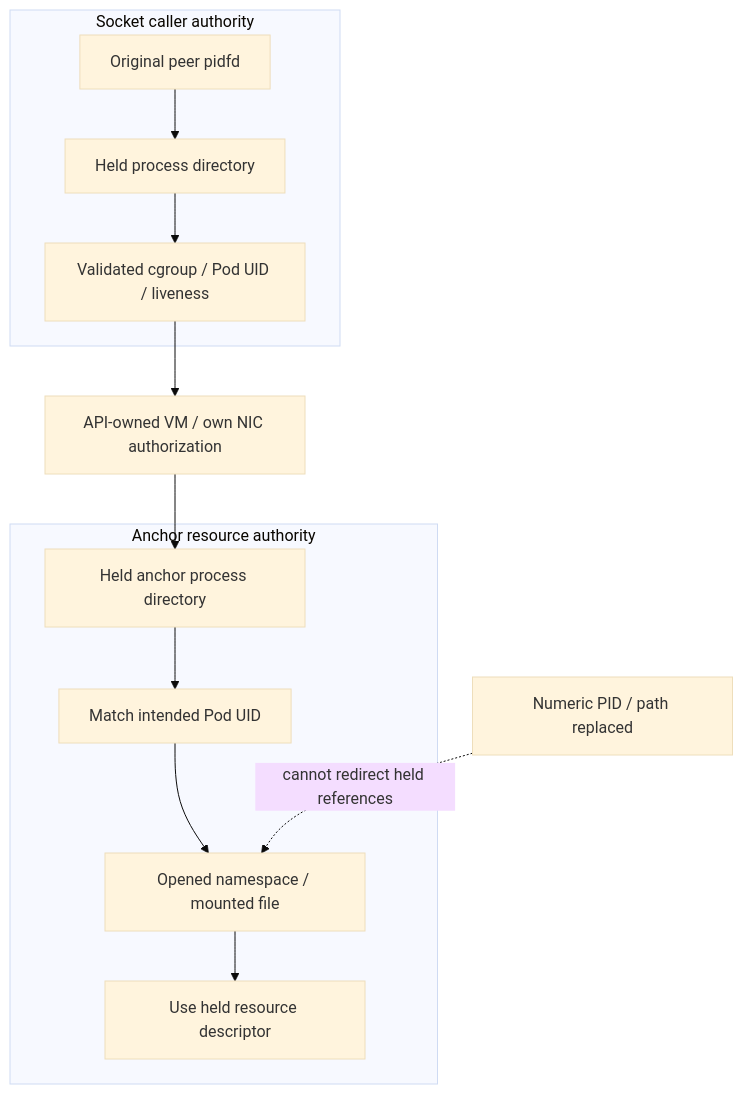
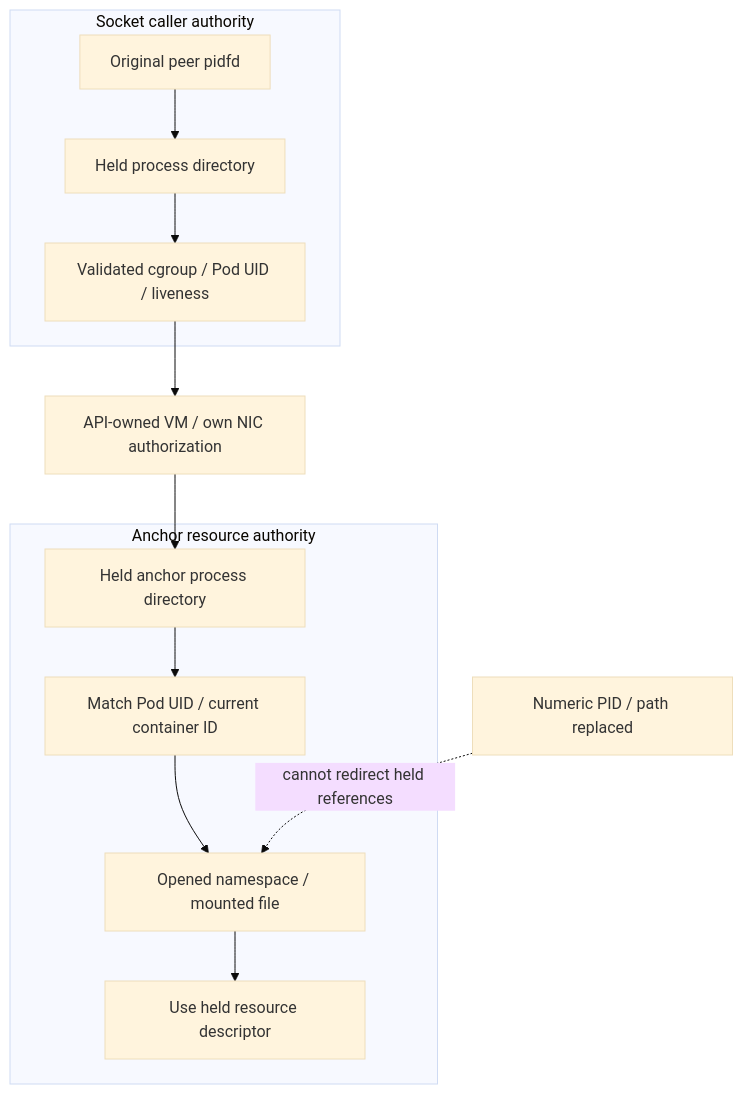
Before and after one commit to SamYaple/qrab: the diagram in docs/architecture/diagrams/30-process-resource-handles.mmd, drawn with Mermaid (base theme). The commit also changed 36 other files, not shown here.

Commit message:
Explain current container selection and held namespace authority (work/openstack-architecture-boundary-atlas)

```diff
--- a/docs/architecture/diagrams/30-process-resource-handles.mmd
+++ b/docs/architecture/diagrams/30-process-resource-handles.mmd
@@ -1,10 +1,10 @@
 flowchart TB
     subgraph caller["Socket caller authority"]
         peer["Original peer pidfd"] --> directory["Held process directory"] --> identity["Validated cgroup / Pod UID / liveness"]
     end
     identity --> api["API-owned VM / own NIC authorization"]
     subgraph anchor["Anchor resource authority"]
-        process["Held anchor process directory"] --> membership["Match intended Pod UID"] --> resource["Opened namespace / mounted file"] --> effect["Use held resource descriptor"]
+        process["Held anchor process directory"] --> membership["Match Pod UID / current container ID"] --> resource["Opened namespace / mounted file"] --> effect["Use held resource descriptor"]
     end
     api --> process
     changed["Numeric PID / path replaced"] -.->|"cannot redirect held references"| resource
```
